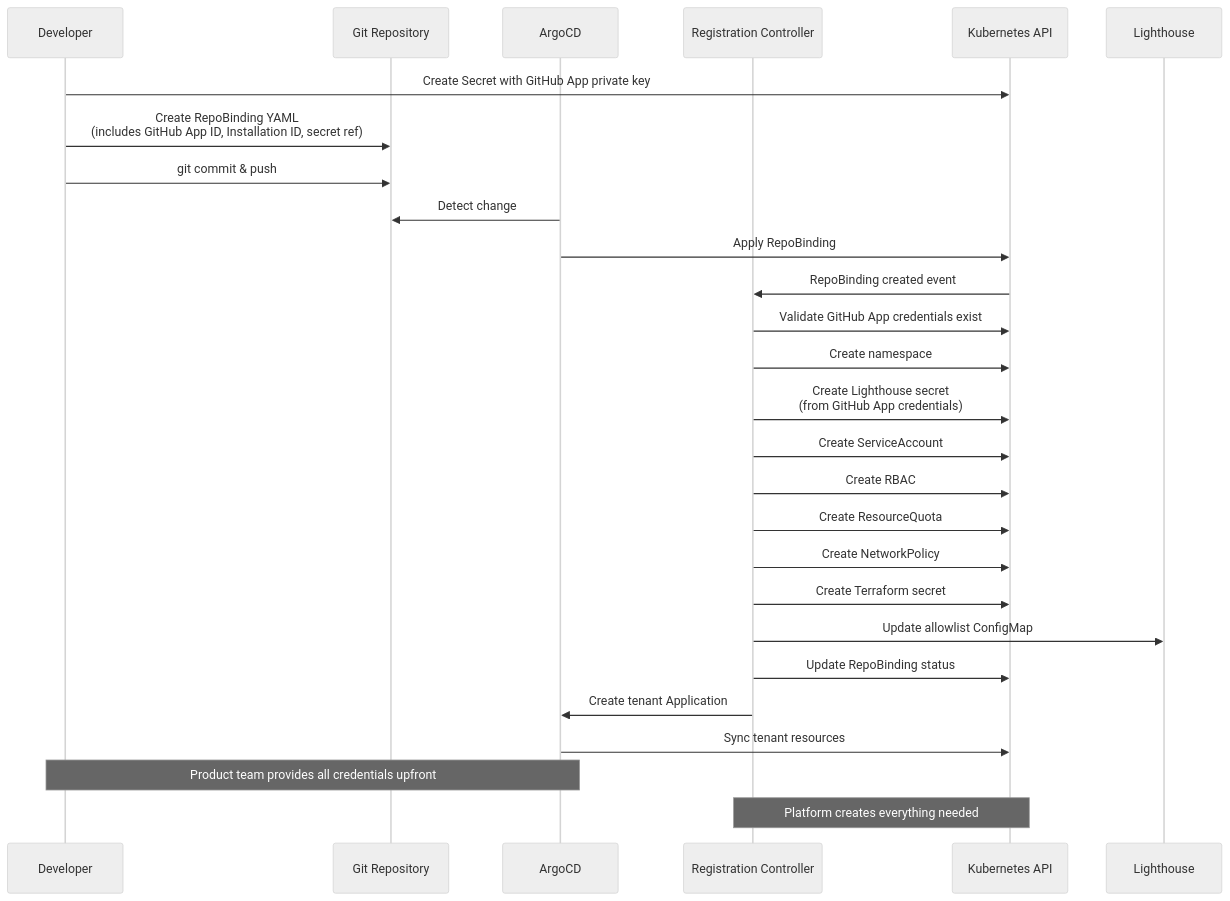
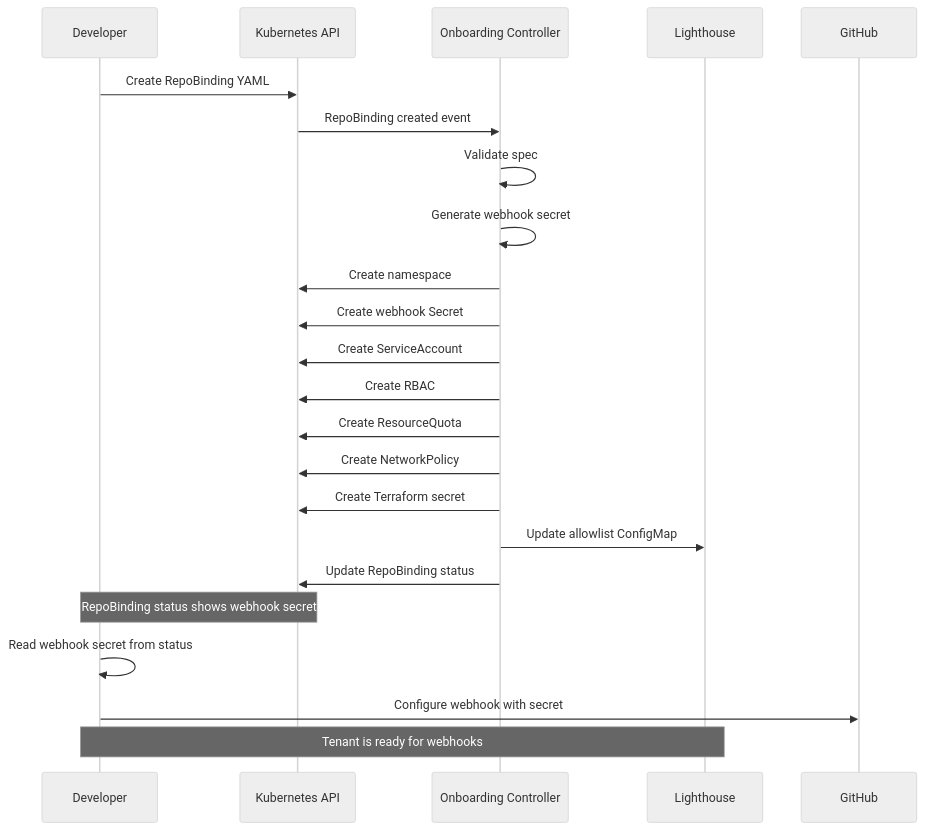
One commit to bdchatham/AphexPlatformInfrastructure changed the third of 3 diagrams in .kiro/specs/jenkinsx-gitops-platform/design.md. Above: the diagram before and after it, drawn with Mermaid (neutral theme). The commit also changed other lines of this file and 99 other files, not shown here.

````diff
--- a/.kiro/specs/jenkinsx-gitops-platform/design.md
+++ b/.kiro/specs/jenkinsx-gitops-platform/design.md
@@ -525,31 +397,28 @@
 ```mermaid
 sequenceDiagram
     participant Dev as Developer
-    participant Git as Git Repository
-    participant ArgoCD
-    participant Controller as Registration Controller
     participant K8s as Kubernetes API
+    participant Controller as Onboarding Controller
     participant Lighthouse
     
-    Dev->>K8s: Create Secret with GitHub App private key
-    Dev->>Git: Create RepoBinding YAML<br/>(includes GitHub App ID, Installation ID, secret ref)
-    Dev->>Git: git commit & push
-    ArgoCD->>Git: Detect change
-    ArgoCD->>K8s: Apply RepoBinding
+    Dev->>K8s: Create RepoBinding YAML
     K8s->>Controller: RepoBinding created event
-    Controller->>K8s: Validate GitHub App credentials exist
+    Controller->>Controller: Validate spec
+    Controller->>Controller: Generate webhook secret
     Controller->>K8s: Create namespace
-    Controller->>K8s: Create Lighthouse secret<br/>(from GitHub App credentials)
+    Controller->>K8s: Create webhook Secret
     Controller->>K8s: Create ServiceAccount
     Controller->>K8s: Create RBAC
     Controller->>K8s: Create ResourceQuota
     Controller->>K8s: Create NetworkPolicy
     Controller->>K8s: Create Terraform secret
     Controller->>Lighthouse: Update allowlist ConfigMap
     Controller->>K8s: Update RepoBinding status
-    Controller->>ArgoCD: Create tenant Application
-    ArgoCD->>K8s: Sync tenant resources
     
-    Note over Dev,ArgoCD: Product team provides all credentials upfront
-    Note over Controller,K8s: Platform creates everything needed
+    Note over Dev,K8s: RepoBinding status shows webhook secret
+    
+    Dev->>Dev: Read webhook secret from status
+    Dev->>GitHub: Configure webhook with secret
+    
+    Note over Dev,Lighthouse: Tenant is ready for webhooks
 ```
````
